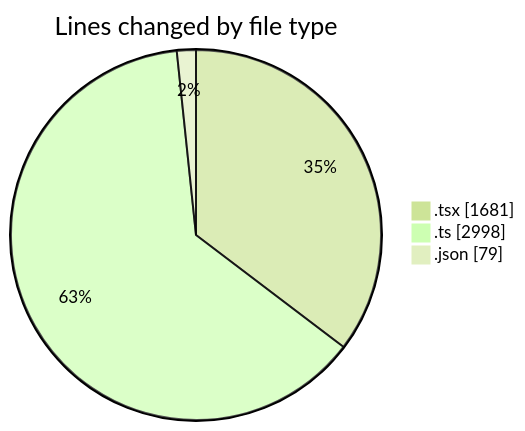
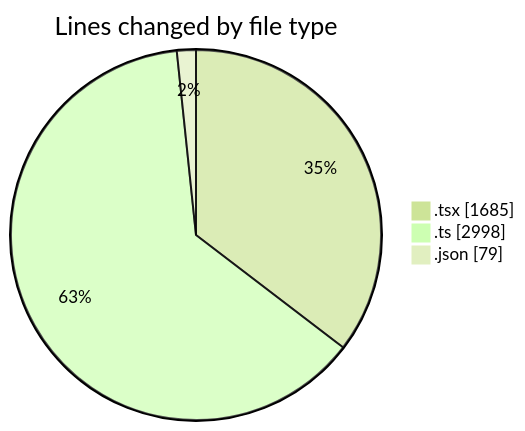
The first of 2 diagrams in 2026-05-03/nxtqube_webapp/README.md (nxtqubesakshisongat/code-tracking), drawn with Mermaid (forest theme) before and after one commit. The commit also changed other lines of this file and 1 other file, not shown here.

````diff
--- a/2026-05-03/nxtqube_webapp/README.md
+++ b/2026-05-03/nxtqube_webapp/README.md
@@ -24,7 +24,7 @@
 ```mermaid
 pie showData
 title Lines changed by file type
-".tsx" : 1681
+".tsx" : 1685
 ".ts" : 2998
 ".json" : 79
 ```
````
